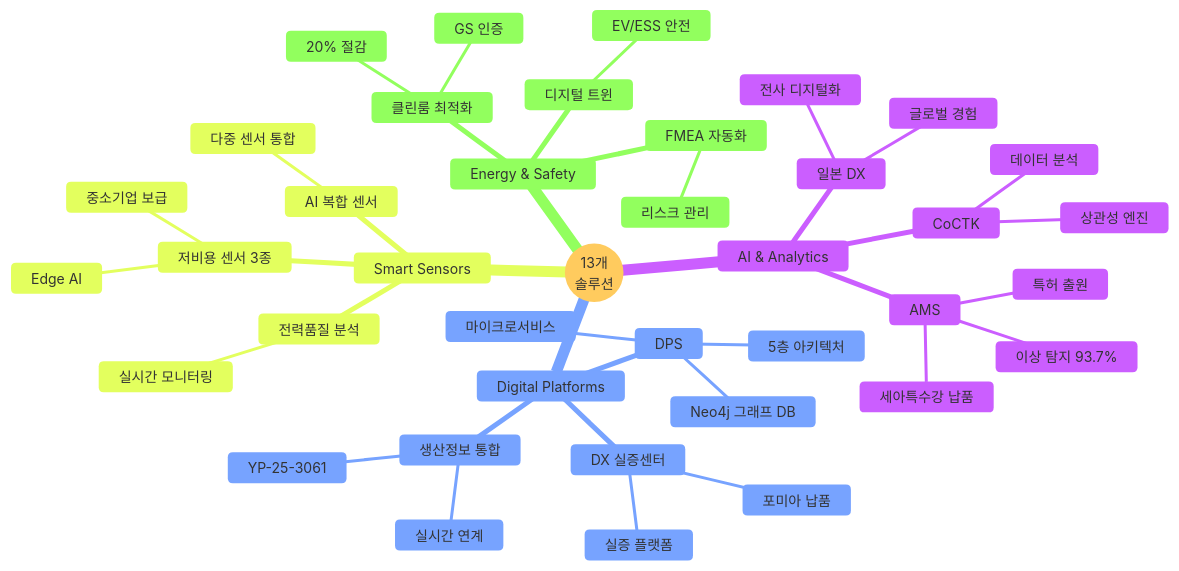
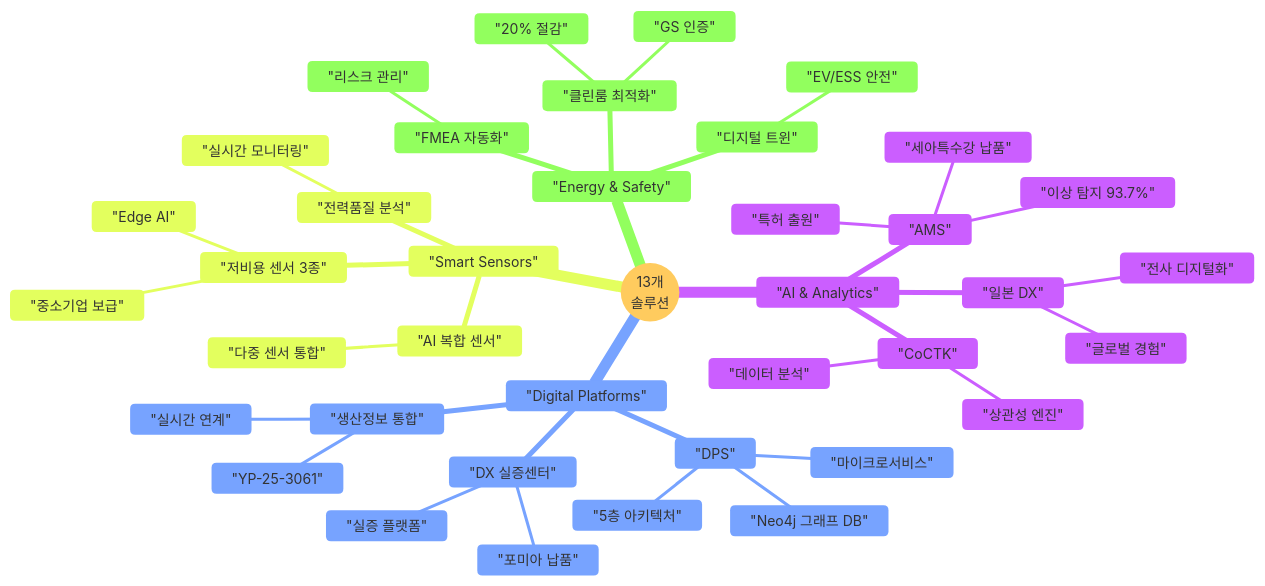
Before and after one commit to moobaek/Testing_AI_agents_for_public_use: the second of 12 diagrams in portfolio/Executive_Summary/04_Visual_Portfolio.md, drawn with Mermaid. The commit also changed other lines of this file and 14 other files, not shown here.

First line of the commit message:
fix: standardize Mermaid syntax for Obsidian compatibility across all portfolio documents

````diff
--- a/portfolio/Executive_Summary/04_Visual_Portfolio.md
+++ b/portfolio/Executive_Summary/04_Visual_Portfolio.md
@@ -50,43 +50,43 @@
 ```mermaid
 %%{init: {'theme':'base', 'themeVariables': { 'fontSize':'14px'}}}%%
 mindmap
-  root((13개<br/>솔루션))
-    AI & Analytics
-      AMS
-        이상 탐지 93.7%
-        세아특수강 납품
-        특허 출원
-      CoCTK
-        데이터 분석
-        상관성 엔진
-      일본 DX
-        전사 디지털화
-        글로벌 경험
-    Digital Platforms
-      DPS
-        5층 아키텍처
-        마이크로서비스
-        Neo4j 그래프 DB
-      생산정보 통합
-        YP-25-3061
-        실시간 연계
-      DX 실증센터
-        포미아 납품
-        실증 플랫폼
-    Smart Sensors
-      저비용 센서 3종
-        중소기업 보급
-        Edge AI
-      AI 복합 센서
-        다중 센서 통합
-      전력품질 분석
-        실시간 모니터링
-    Energy & Safety
-      클린룸 최적화
-        GS 인증
-        20% 절감
-      디지털 트윈
-        EV/ESS 안전
-      FMEA 자동화
-        리스크 관리
+  root(("13개<br/>솔루션"))
+    "AI & Analytics"
+      "AMS"
+        "이상 탐지 93.7%"
+        "세아특수강 납품"
+        "특허 출원"
+      "CoCTK"
+        "데이터 분석"
+        "상관성 엔진"
+      "일본 DX"
+        "전사 디지털화"
+        "글로벌 경험"
+    "Digital Platforms"
+      "DPS"
+        "5층 아키텍처"
+        "마이크로서비스"
+        "Neo4j 그래프 DB"
+      "생산정보 통합"
+        "YP-25-3061"
+        "실시간 연계"
+      "DX 실증센터"
+        "포미아 납품"
+        "실증 플랫폼"
+    "Smart Sensors"
+      "저비용 센서 3종"
+        "중소기업 보급"
+        "Edge AI"
+      "AI 복합 센서"
+        "다중 센서 통합"
+      "전력품질 분석"
+        "실시간 모니터링"
+    "Energy & Safety"
+      "클린룸 최적화"
+        "GS 인증"
+        "20% 절감"
+      "디지털 트윈"
+        "EV/ESS 안전"
+      "FMEA 자동화"
+        "리스크 관리"
 ```
````
